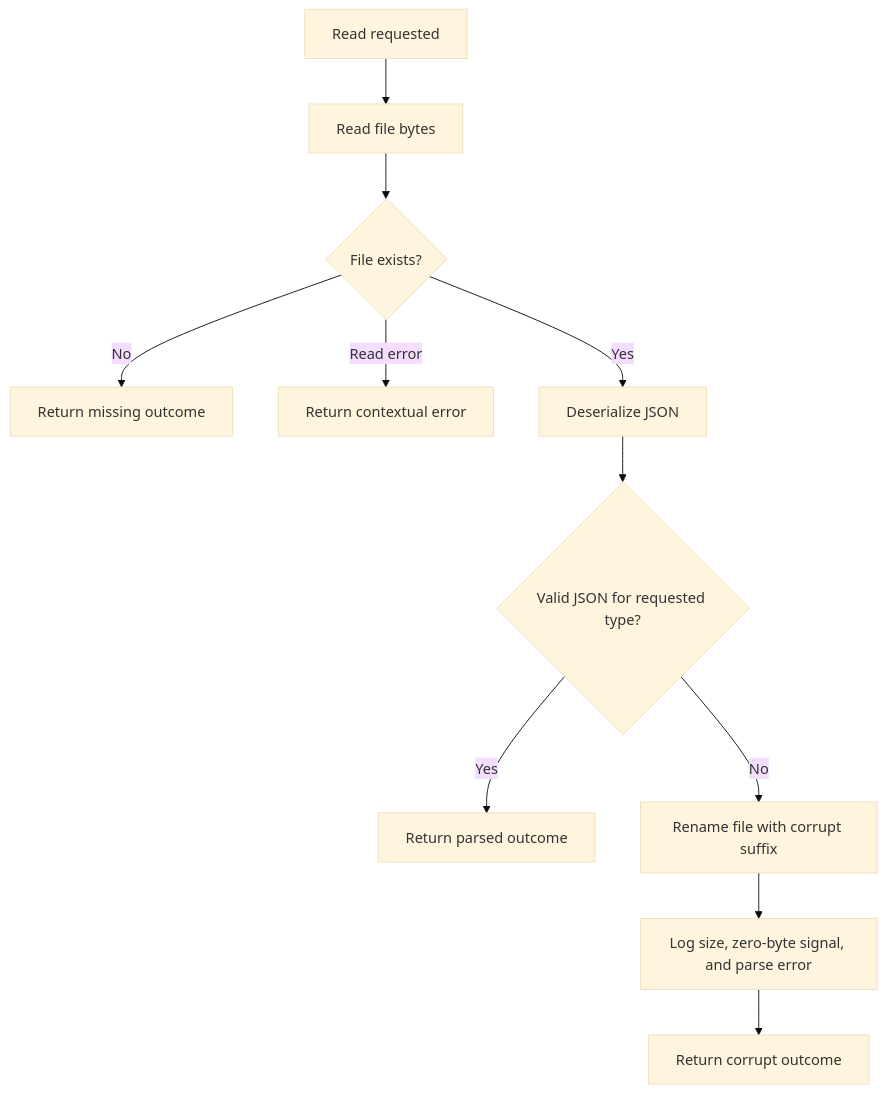
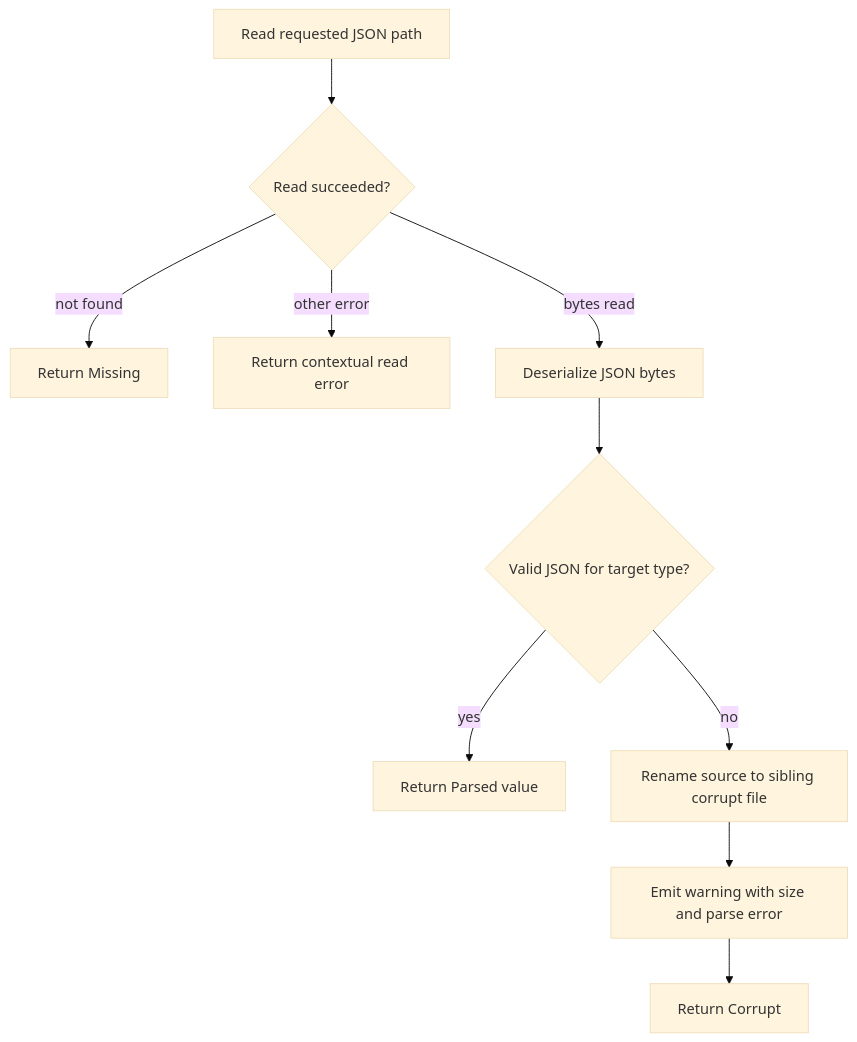
The third of 4 diagrams in docs/reference/architecture/openframe-client-core/utils-fs/utils-fs.md (flamingo-stack/openframe-oss-tenant), drawn with Mermaid (base theme) before and after one commit. The commit also changed other lines of this file and 2377 other files, not shown here.

````diff
--- a/docs/reference/architecture/openframe-client-core/utils-fs/utils-fs.md
+++ b/docs/reference/architecture/openframe-client-core/utils-fs/utils-fs.md
@@ -91,13 +81,12 @@
 ```mermaid
 flowchart TD
-    Start["Read requested"] --> Read["Read file bytes"]
-    Read --> Exists{"File exists?"}
-    Exists -->|"No"| Missing["Return missing outcome"]
-    Exists -->|"Read error"| ReadError["Return contextual error"]
-    Exists -->|"Yes"| Parse["Deserialize JSON"]
-    Parse --> Valid{"Valid JSON for requested type?"}
-    Valid -->|"Yes"| Parsed["Return parsed outcome"]
-    Valid -->|"No"| Move["Rename file with corrupt suffix"]
-    Move --> Warn["Log size, zero-byte signal, and parse error"]
-    Warn --> Corrupt["Return corrupt outcome"]
+    ReadStart["Read requested JSON path"] --> ReadFile{"Read succeeded?"}
+    ReadFile -->|"not found"| Missing["Return Missing"]
+    ReadFile -->|"other error"| ReadError["Return contextual read error"]
+    ReadFile -->|"bytes read"| Decode["Deserialize JSON bytes"]
+    Decode --> Valid{"Valid JSON for target type?"}
+    Valid -->|"yes"| ParsedValue["Return Parsed value"]
+    Valid -->|"no"| Rename["Rename source to sibling corrupt file"]
+    Rename --> Warn["Emit warning with size and parse error"]
+    Warn --> Corrupt["Return Corrupt"]
 ```
````
